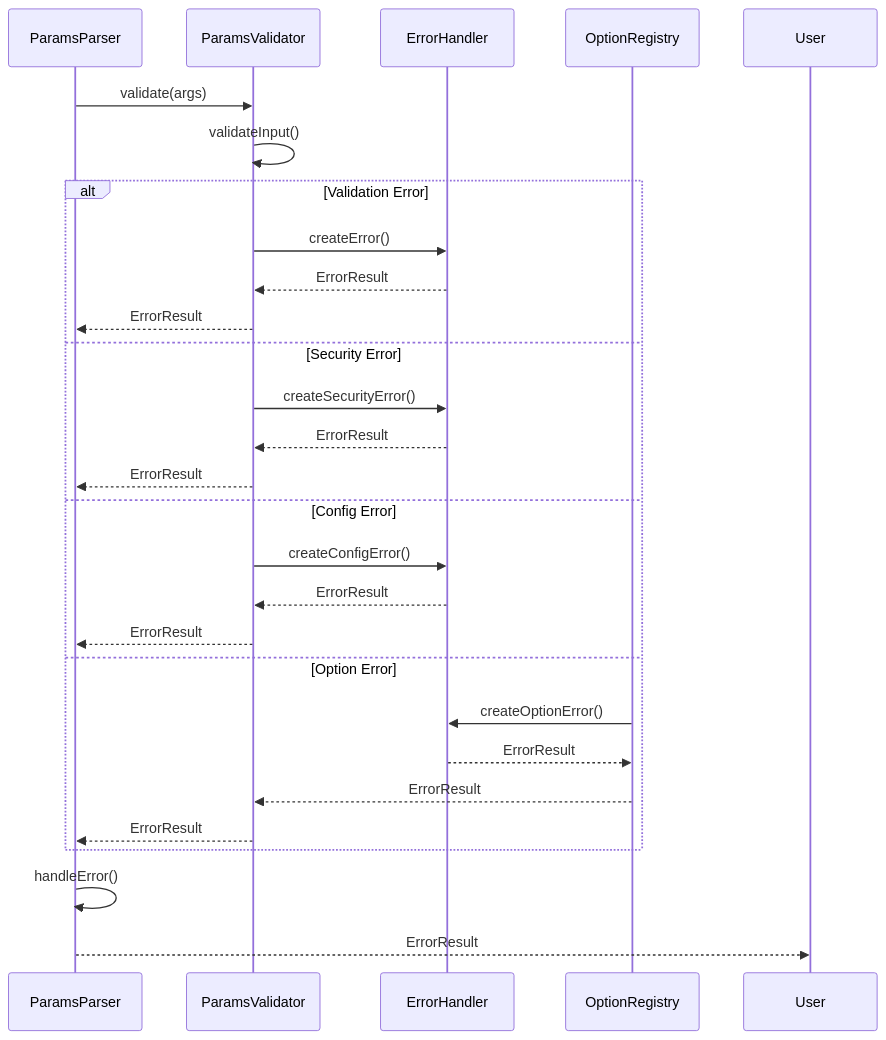
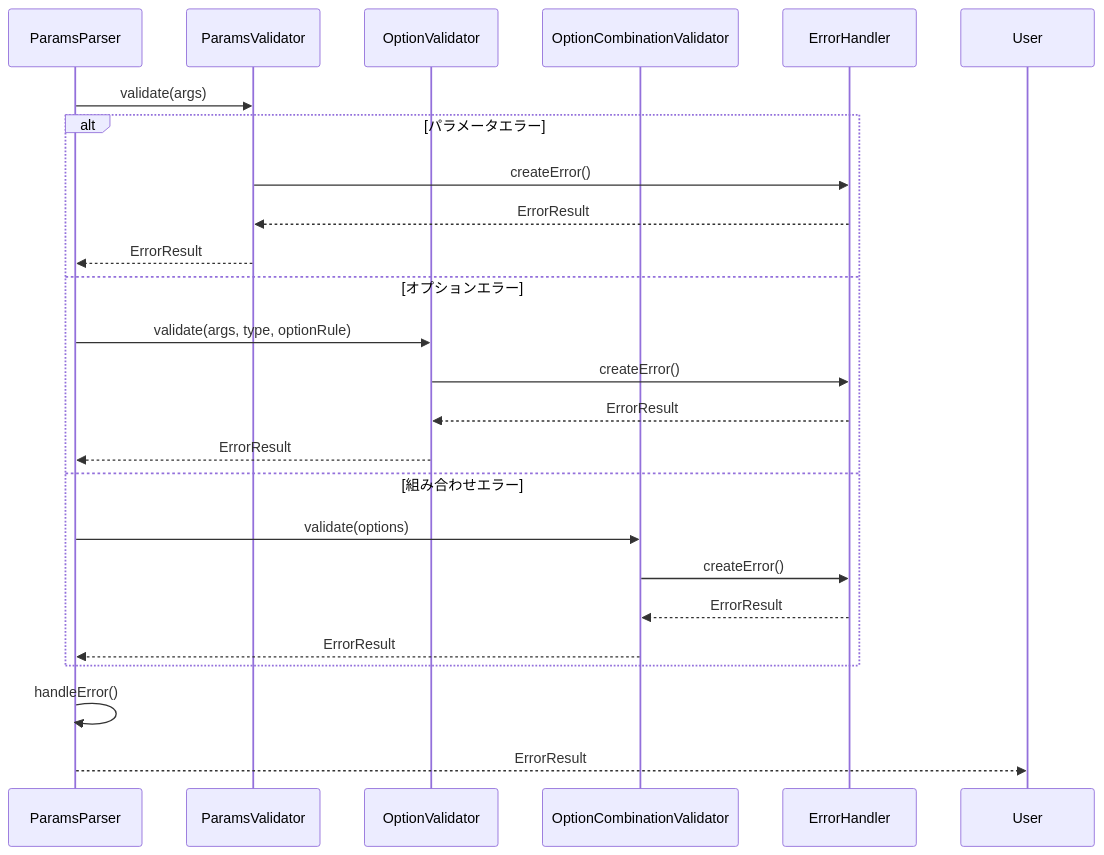
The third of 7 diagrams in docs/architecture/layer2_diagrams.ja.md (tettuan/breakdownparams), drawn with Mermaid before and after one commit. The commit also changed other lines of this file and 32 other files, not shown here.

First line of the commit message:
refactor(validator): restructure option validation system

````diff
--- a/docs/architecture/layer2_diagrams.ja.md
+++ b/docs/architecture/layer2_diagrams.ja.md
@@ -63,32 +69,29 @@
 ```mermaid
 sequenceDiagram
     participant Parser as ParamsParser
-    participant Validator as ParamsValidator
+    participant PValidator as ParamsValidator
+    participant OValidator as OptionValidator
+    participant OCombValidator as OptionCombinationValidator
     participant Error as ErrorHandler
-    participant Options as OptionRegistry
     
-    Parser->>Validator: validate(args)
-    Validator->>Validator: validateInput()
+    Parser->>PValidator: validate(args)
     
-    alt Validation Error
-        Validator->>Error: createError()
-        Error-->>Validator: ErrorResult
-        Validator-->>Parser: ErrorResult
-    else Security Error
-        Validator->>Error: createSecurityError()
-        Error-->>Validator: ErrorResult
-        Validator-->>Parser: ErrorResult
-    else Config Error
-        Validator->>Error: createConfigError()
-        Error-->>Validator: ErrorResult
-        Validator-->>Parser: ErrorResult
-    else Option Error
-        Options->>Error: createOptionError()
-        Error-->>Options: ErrorResult
-        Options-->>Validator: ErrorResult
-        Validator-->>Parser: ErrorResult
+    alt パラメータエラー
+        PValidator->>Error: createError()
+        Error-->>PValidator: ErrorResult
+        PValidator-->>Parser: ErrorResult
+    else オプションエラー
+        Parser->>OValidator: validate(args, type, optionRule)
+        OValidator->>Error: createError()
+        Error-->>OValidator: ErrorResult
+        OValidator-->>Parser: ErrorResult
+    else 組み合わせエラー
+        Parser->>OCombValidator: validate(options)
+        OCombValidator->>Error: createError()
+        Error-->>OCombValidator: ErrorResult
+        OCombValidator-->>Parser: ErrorResult
     end
     
     Parser->>Parser: handleError()
     Parser-->>User: ErrorResult
 ```
````
